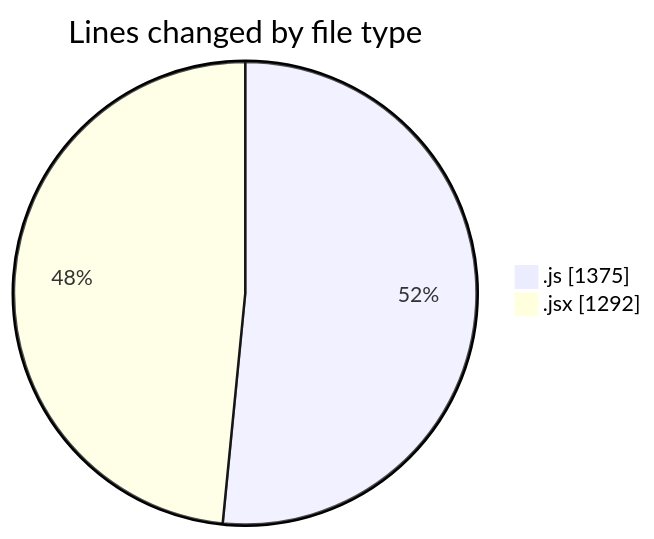
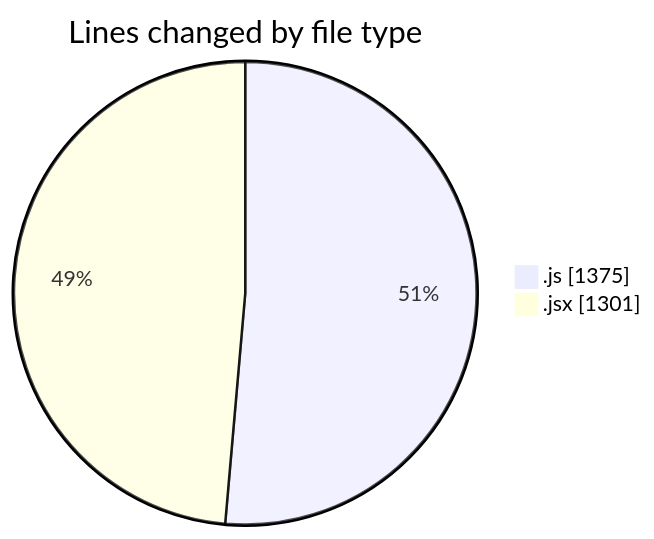
One commit to nxtqubesakshisongat/code-tracking changed the first of 2 diagrams in 2025-07-29/nxtqube_webapp/README.md. Above: the diagram before and after it, drawn with Mermaid. The commit also changed other lines of this file and 1 other file, not shown here.

````diff
--- a/2025-07-29/nxtqube_webapp/README.md
+++ b/2025-07-29/nxtqube_webapp/README.md
@@ -26,6 +26,6 @@
 ```mermaid
 pie showData
 title Lines changed by file type
 ".js" : 1375
-".jsx" : 1292
+".jsx" : 1301
 ```
````
